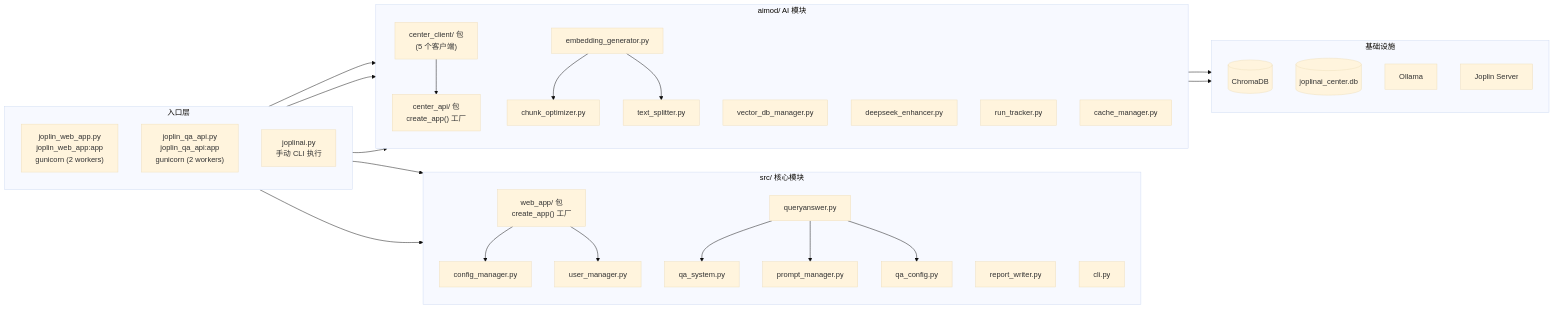
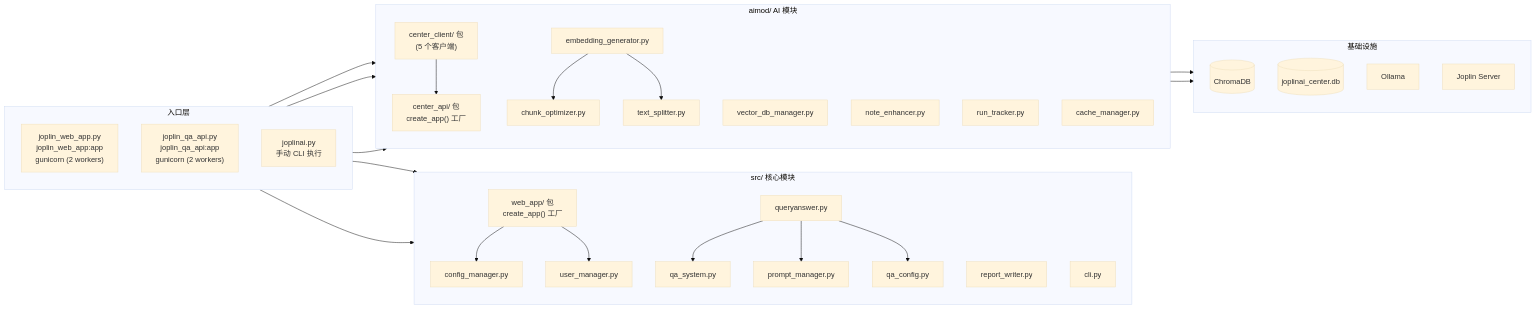
Before and after one commit to heart5/joplinai: the second of 10 diagrams in docs/TECHNICAL_MANUAL.md, drawn with Mermaid (base theme). The commit also changed other lines of this file and 16 other files, not shown here.

````diff
--- a/docs/TECHNICAL_MANUAL.md
+++ b/docs/TECHNICAL_MANUAL.md
@@ -82,61 +82,61 @@
 ```mermaid
 flowchart LR
     subgraph ENTRY["入口层"]
         direction TB
         A1["joplin_web_app.py<br/>joplin_web_app:app<br/>gunicorn (2 workers)"]
         A2["joplin_qa_api.py<br/>joplin_qa_api:app<br/>gunicorn (2 workers)"]
         A3["joplinai.py<br/>手动 CLI 执行"]
     end
 
     subgraph SRC["src/ 核心模块"]
         direction TB
         B1["web_app/ 包<br/>create_app() 工厂"]
         B2["config_manager.py"]
         B3["user_manager.py"]
         B4["queryanswer.py"]
         B5["report_writer.py"]
         B6["cli.py"]
         B7["qa_system.py"]
         B8["prompt_manager.py"]
         B9["qa_config.py"]
     end
 
     subgraph AIMOD["aimod/ AI 模块"]
         direction TB
         C1["center_api/ 包<br/>create_app() 工厂"]
         C2["center_client/ 包<br/>(5 个客户端)"]
         C3["embedding_generator.py"]
         C4["chunk_optimizer.py"]
         C5["text_splitter.py"]
         C6["vector_db_manager.py"]
-        C7["deepseek_enhancer.py"]
+        C7["note_enhancer.py"]
         C8["run_tracker.py"]
         C9["cache_manager.py"]
     end
 
     subgraph INFRA["基础设施"]
         direction TB
         D1[("ChromaDB")]
         D2[("joplinai_center.db")]
         D3["Ollama"]
         D4["Joplin Server"]
     end
 
     A1 --> B1
     A2 --> B4
     A3 --> C3
     A3 --> C7
     A3 --> C8
 
     B1 --> B2
     B1 --> B3
     B4 --> B7
     B4 --> B8
     B4 --> B9
 
     C2 --> C1
     C3 --> C4
     C3 --> C5
     C1 --> D2
     C6 --> D1
 ```
````
